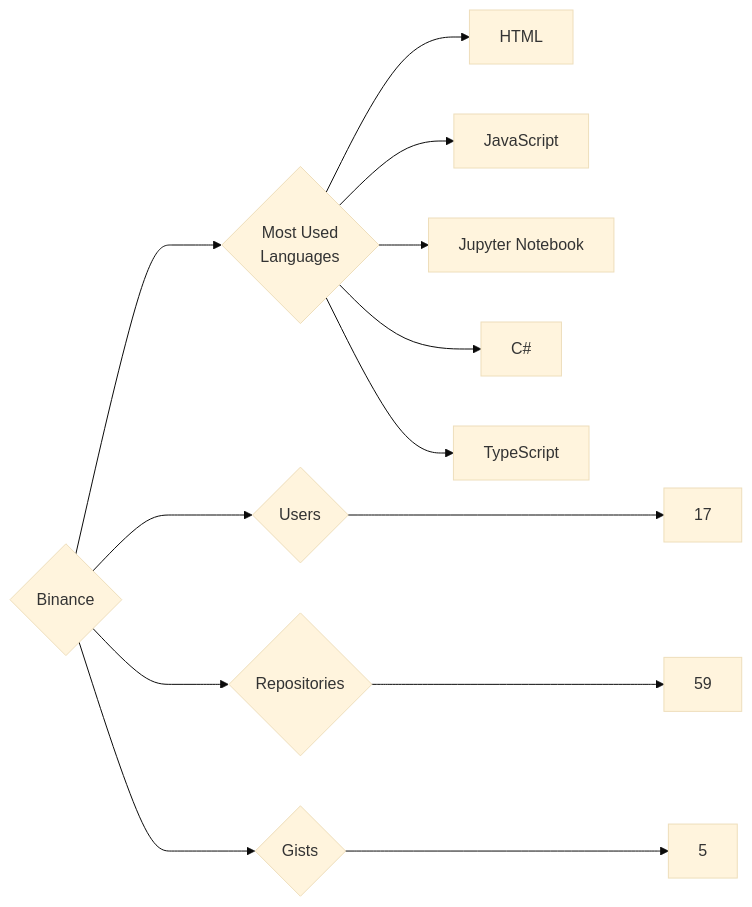
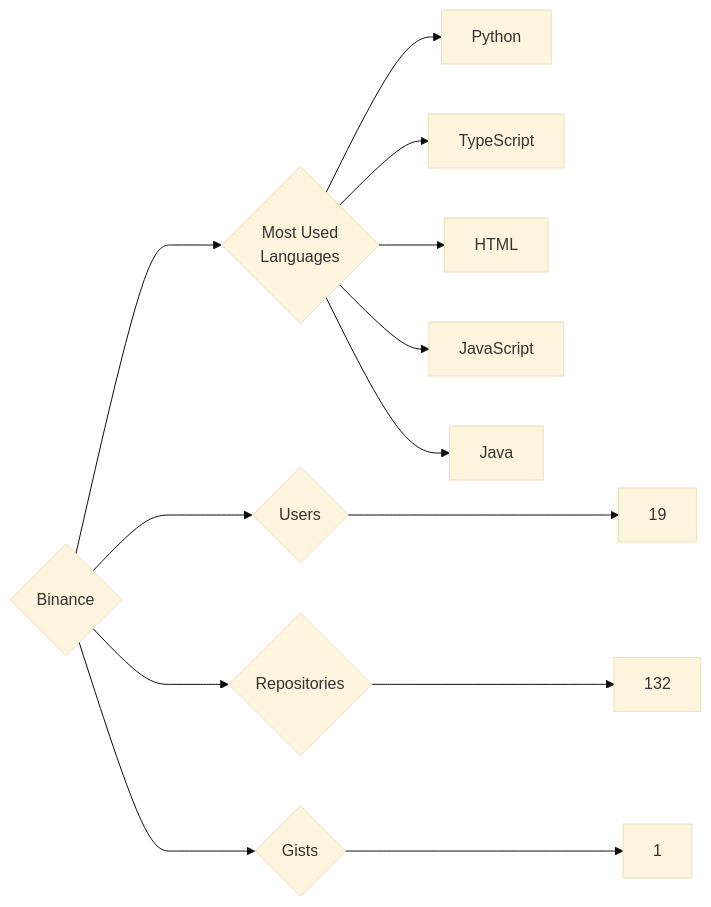
Before and after one commit to trickest/insiders: the diagram in targets/Binance/README.md, drawn with Mermaid (base theme). The commit also changed 861 other files, not shown here.

````diff
--- a/targets/Binance/README.md
+++ b/targets/Binance/README.md
@@ -3,13 +3,13 @@
 ```mermaid
 graph LR
 COMPANY_NAME{Binance}
-COMPANY_NAME ---> U{Users} ---> UN[17]
-COMPANY_NAME ---> R{Repositories} ---> RN[59]
-COMPANY_NAME ---> G{Gists} ---> GN[5]
+COMPANY_NAME ---> U{Users} ---> UN[19]
+COMPANY_NAME ---> R{Repositories} ---> RN[132]
+COMPANY_NAME ---> G{Gists} ---> GN[1]
 COMPANY_NAME ---> ML{Most Used<br>Languages}
+ML --> Python[Python]
+ML --> TypeScript[TypeScript]
 ML --> HTML[HTML]
 ML --> JavaScript[JavaScript]
-ML --> Jupyter_Notebook[Jupyter Notebook]
-ML --> C#[C#]
-ML --> TypeScript[TypeScript]
+ML --> Java[Java]
 ```
````
